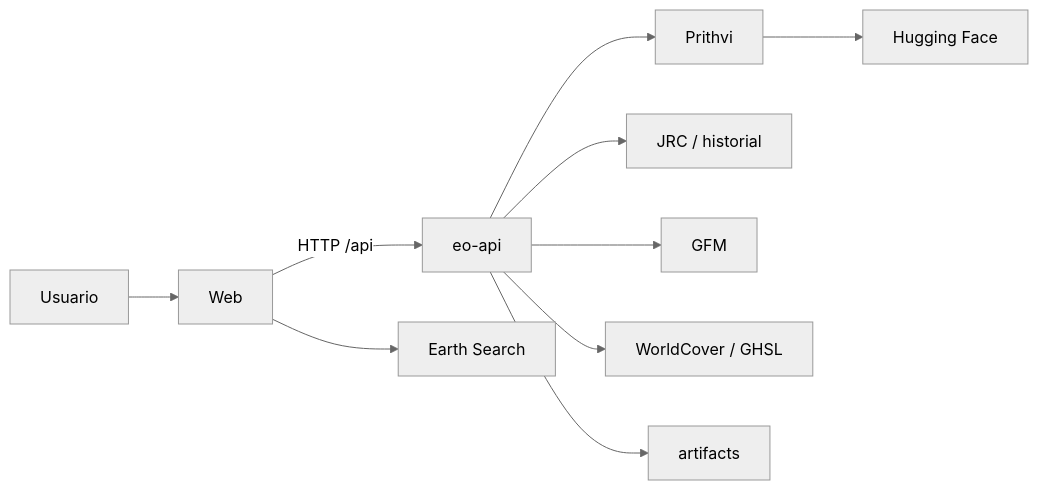
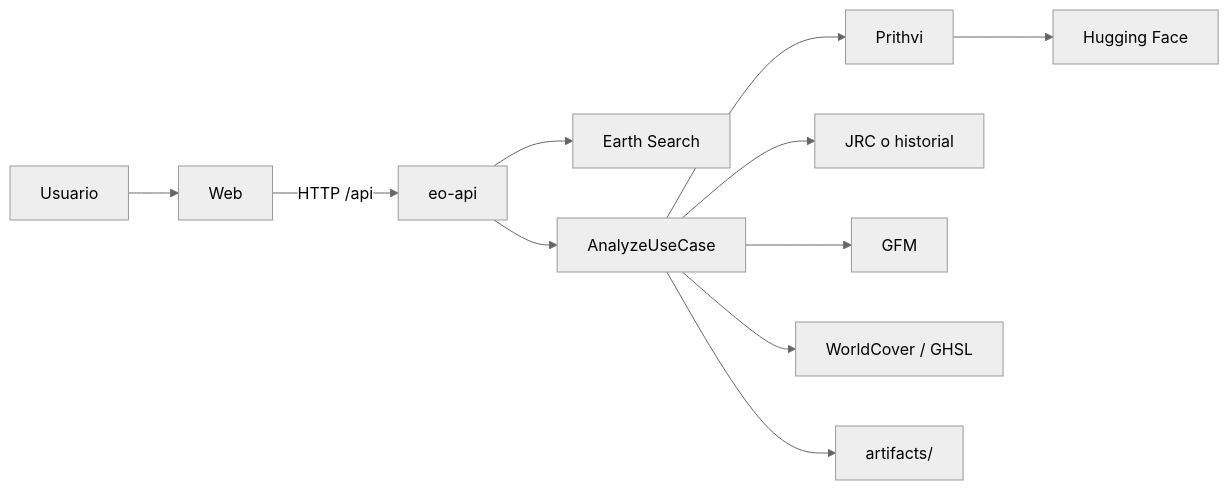
The first of 4 diagrams in docs/SegundoInforme.md (Charlsz/Tune), drawn with Mermaid (neutral theme) before and after one commit. The commit also changed other lines of this file and 10 other files, not shown here.

Commit message:
refactor: Update sequence and architecture diagrams for improved clarity and accuracy.

````diff
--- a/docs/SegundoInforme.md
+++ b/docs/SegundoInforme.md
@@ -203,12 +203,13 @@
 ```mermaid
 flowchart LR
   Usuario --> Web
   Web -->|"HTTP /api"| API["eo-api"]
-  API --> Seg[Prithvi]
+  API --> STAC["Earth Search"]
+  API --> Caso["AnalyzeUseCase"]
+  Caso --> Seg[Prithvi]
   Seg --> HF[Hugging Face]
-  API --> Ref[JRC / historial]
-  API --> Obs[GFM]
-  API --> Exp[WorldCover / GHSL]
-  API --> Disco[artifacts]
-  Web --> STAC[Earth Search]
+  Caso --> Ref["JRC o historial"]
+  Caso --> Obs[GFM]
+  Caso --> Exp["WorldCover / GHSL"]
+  Caso --> Disco["artifacts/"]
 ```
````
